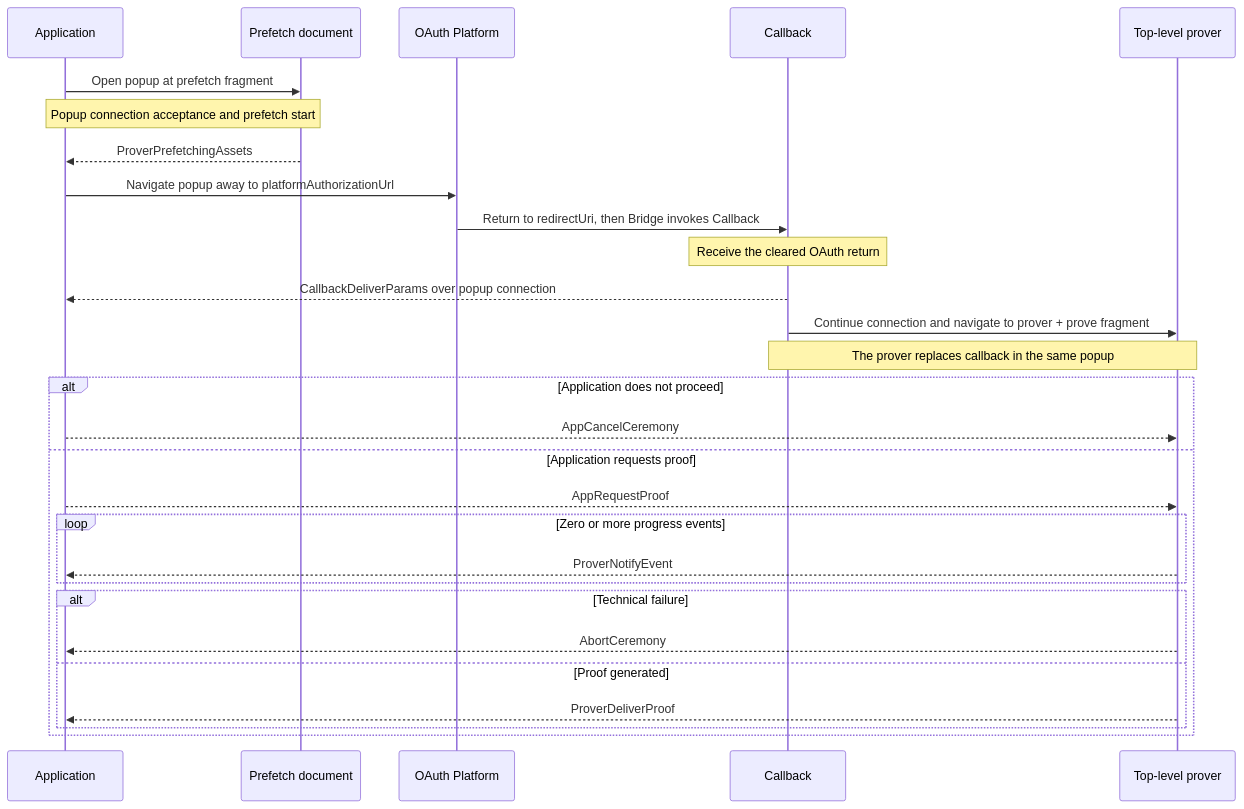
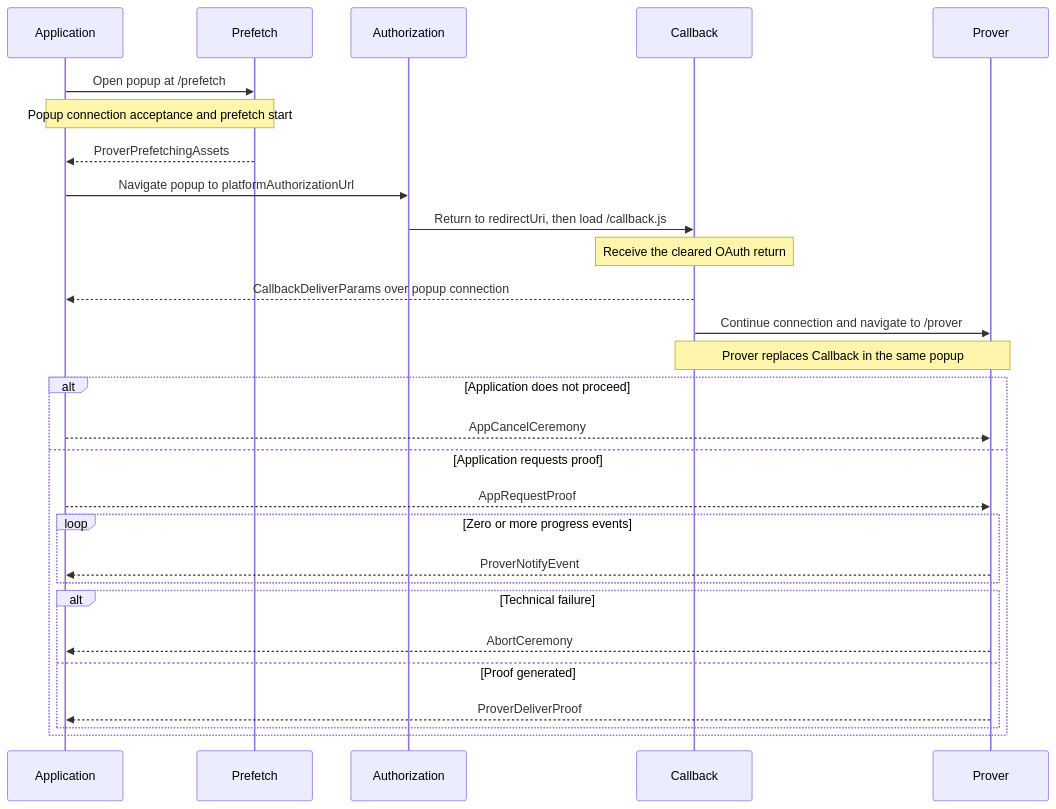
One commit to libid-org/libid changed the diagram in ts/packages/ceremony/CCDP.md. Above: the diagram before and after it, drawn with Mermaid.

Commit message:
docs(ccdp): align sequence with route names

````diff
--- a/ts/packages/ceremony/CCDP.md
+++ b/ts/packages/ceremony/CCDP.md
@@ -170,31 +170,31 @@
 ```mermaid
 sequenceDiagram
     participant A as Application
-    participant F as Prefetch document
-    participant O as OAuth Platform
+    participant F as Prefetch
+    participant O as Authorization
     participant C as Callback
-    participant P as Top-level prover
+    participant P as Prover
 
-    A->>F: Open popup at prefetch fragment
+    A->>F: Open popup at /prefetch
     Note over A,F: Popup connection acceptance and prefetch start
     F-->>A: ProverPrefetchingAssets
-    A->>O: Navigate popup away to platformAuthorizationUrl
-    O->>C: Return to redirectUri, then Bridge invokes Callback
+    A->>O: Navigate popup to platformAuthorizationUrl
+    O->>C: Return to redirectUri, then load /callback.js
     Note over C: Receive the cleared OAuth return
     C-->>A: CallbackDeliverParams over popup connection
-    C->>P: Continue connection and navigate to prover + prove fragment
-    Note over C,P: The prover replaces callback in the same popup
+    C->>P: Continue connection and navigate to /prover
+    Note over C,P: Prover replaces Callback in the same popup
     alt Application does not proceed
         A-->>P: AppCancelCeremony
     else Application requests proof
         A-->>P: AppRequestProof
         loop Zero or more progress events
             P-->>A: ProverNotifyEvent
         end
         alt Technical failure
             P-->>A: AbortCeremony
         else Proof generated
             P-->>A: ProverDeliverProof
         end
     end
 ```
````
